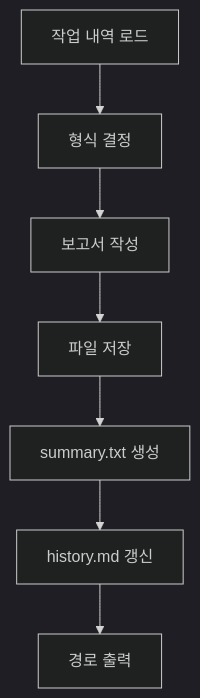
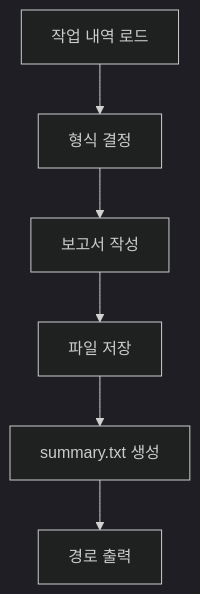
One commit to KoreanLeeChangHyun/claude-workflow changed the sixth of 6 diagrams in .claude/skills/workflow-report/SKILL.md. Above: the diagram before and after it, drawn with Mermaid (dark theme). The commit also changed other lines of this file and 4 other files, not shown here.

````diff
--- a/.claude/skills/workflow-report/SKILL.md
+++ b/.claude/skills/workflow-report/SKILL.md
@@ -269,9 +269,8 @@
 ```mermaid
 flowchart TD
     A[작업 내역 로드] --> B[형식 결정]
     B --> C[보고서 작성]
     C --> D[파일 저장]
     D --> E[summary.txt 생성]
-    E --> F[history.md 갱신]
-    F --> G[경로 출력]
+    E --> G[경로 출력]
 ```
````
